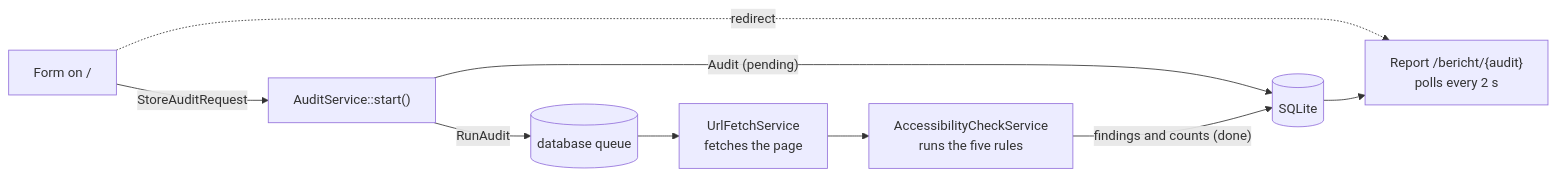
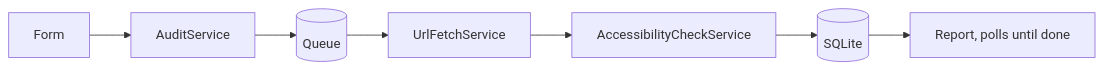
The diagram in README.md (Aldr0n/bfsg-schnellcheck), drawn with Mermaid before and after one commit. The commit also changed other lines of this file and 2 other files, not shown here.

````diff
--- a/README.md
+++ b/README.md
@@ -54,11 +28,9 @@
 ```mermaid
 flowchart LR
-    form["Form on /"] -->|StoreAuditRequest| start["AuditService::start()"]
-    start -->|"Audit (pending)"| db[("SQLite")]
-    start -->|RunAudit| queue[("database queue")]
-    form -.->|redirect| report["Report /bericht/{audit}<br/>polls every 2 s"]
-    queue --> fetch["UrlFetchService<br/>fetches the page"]
-    fetch --> check["AccessibilityCheckService<br/>runs the five rules"]
-    check -->|"findings and counts (done)"| db
-    db --> report
+    form["Form"] --> start["AuditService"]
+    start --> queue[("Queue")]
+    queue --> fetch["UrlFetchService"]
+    fetch --> check["AccessibilityCheckService"]
+    check --> db[("SQLite")]
+    db --> report["Report, polls until done"]
 ```
````
